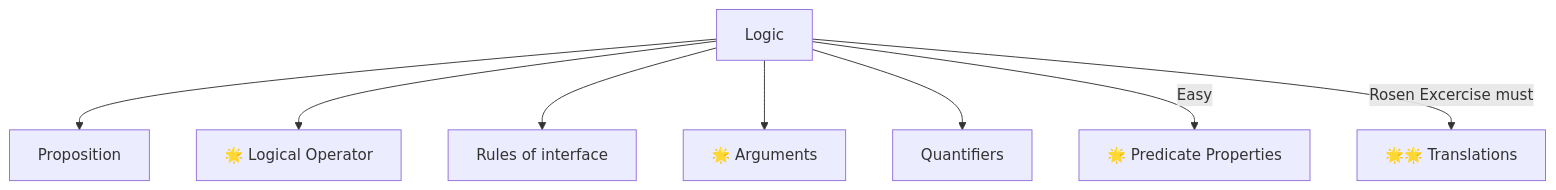
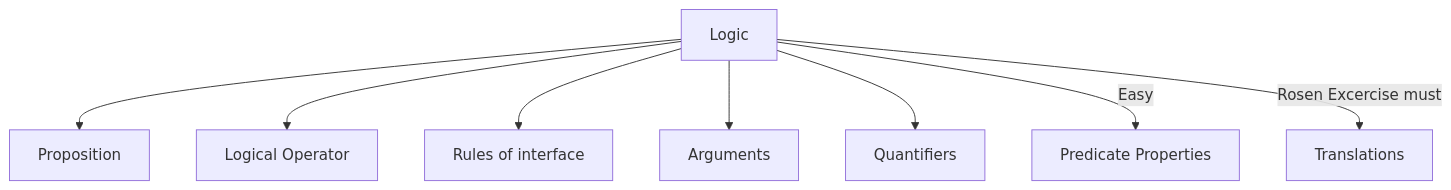
One commit to ArbitCode/GATE changed the diagram in 1NovDM/1.Logic/Logic.md. Above: the diagram before and after it, drawn with Mermaid.

````diff
--- a/1NovDM/1.Logic/Logic.md
+++ b/1NovDM/1.Logic/Logic.md
@@ -11,10 +11,10 @@
 ```mermaid
   graph TD;
     L[Logic] --> P[Proposition];
-    L --> LO[🌟 Logical Operator];
+    L --> LO[ Logical Operator];
     L --> RI[Rules of interface];
-    L --> A[🌟 Arguments];
+    L --> A[ Arguments];
     L --> Q[Quantifiers];
-    L --> |Easy| PP[🌟 Predicate Properties];
-    L --> |Rosen Excercise must |T[🌟🌟 Translations];
+    L --> |Easy| PP[Predicate Properties];
+    L --> |Rosen Excercise must |T[ Translations];
 ```
````
